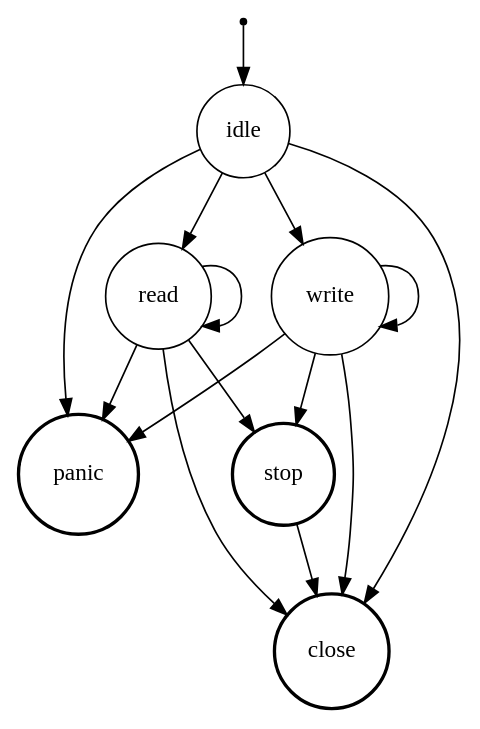
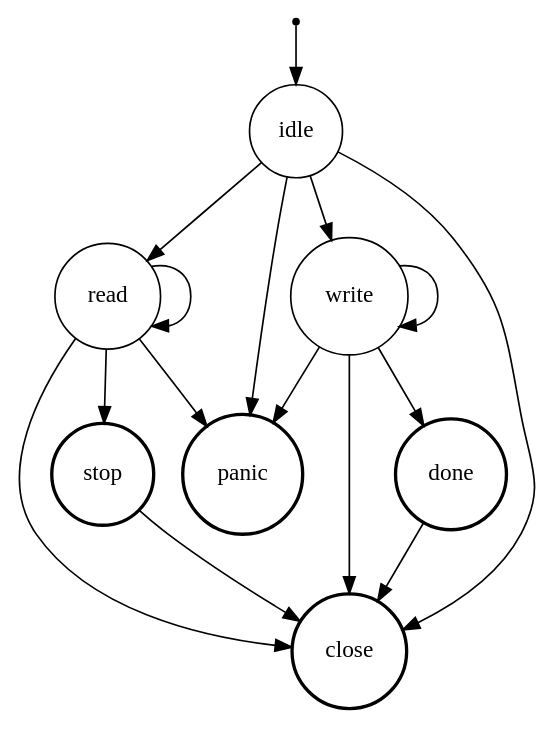
One commit to JuliaIO/TranscodingStreams.jl changed the diagram in docs/src/assets/modes.dot. Above: the diagram before and after it, drawn with Graphviz. The commit also changed 5 other files, not shown here.

```diff
--- a/docs/src/assets/modes.dot
+++ b/docs/src/assets/modes.dot
@@ -1,28 +1,30 @@
 digraph modes {
     "start" -> "idle";
 
     "idle" -> "read";
     "idle" -> "write";
     "idle" -> "close";
     "idle" -> "panic";
 
     "read" -> "read";
     "read" -> "stop";
     "read" -> "close";
     "read" -> "panic";
 
     "write" -> "write";
-    "write" -> "stop";
+    "write" -> "done";
     "write" -> "close";
     "write" -> "panic";
 
     "stop" -> "close";
+    "done" -> "close";
 
     "start" [ shape = point ];
     "idle"  [ shape = circle ];
     "read"  [ shape = circle ];
     "write" [ shape = circle ];
     "stop"  [ shape = circle; style=bold; ];
+    "done"  [ shape = circle; style=bold; ];
     "close" [ shape = circle; style=bold; ];
     "panic" [ shape = circle; style=bold; ];
 }
```
